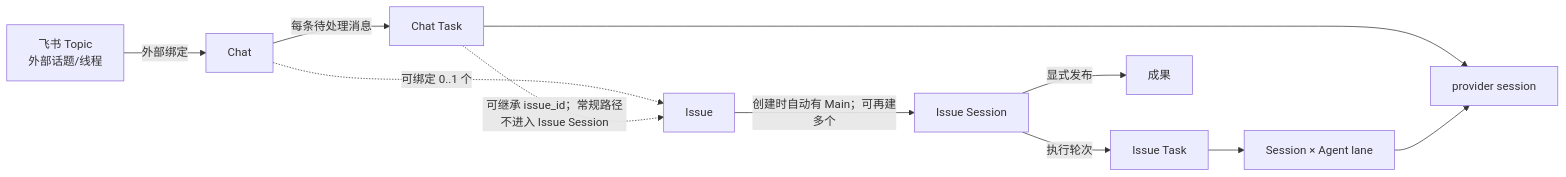
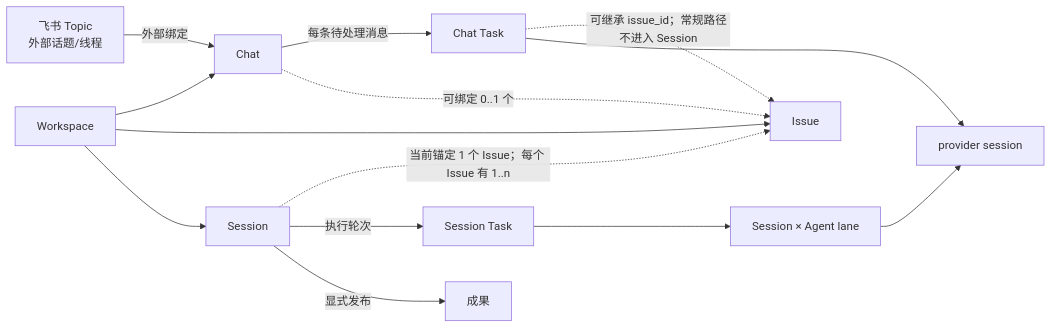
Before and after one commit to moesin-lab/Remi: the diagram in docs/conversation-model.md, drawn with Mermaid. The commit also changed other lines of this file and 40 other files, not shown here.

````diff
--- a/docs/conversation-model.md
+++ b/docs/conversation-model.md
@@ -13,12 +14,15 @@
 ```mermaid
 flowchart LR
   Topic["飞书 Topic<br/>外部话题/线程"] -->|外部绑定| Chat
+  Workspace --> Chat
+  Workspace --> Issue
+  Workspace --> Session
   Chat -->|每条待处理消息| ChatTask[Chat Task]
   Chat -. "可绑定 0..1 个" .-> Issue
-  Issue -->|"创建时自动有 Main；可再建多个"| Session[Issue Session]
-  Session -->|执行轮次| IssueTask[Issue Task]
+  Session -. "当前锚定 1 个 Issue；每个 Issue 有 1..n" .-> Issue
+  Session -->|执行轮次| SessionTask[Session Task]
   Session -->|显式发布| Result[成果]
-  ChatTask -. "可继承 issue_id；常规路径不进入 Issue Session" .-> Issue
+  ChatTask -. "可继承 issue_id；常规路径不进入 Session" .-> Issue
   ChatTask --> Provider[provider session]
-  IssueTask --> Lane["Session × Agent lane"] --> Provider
+  SessionTask --> Lane["Session × Agent lane"] --> Provider
 ```
````
